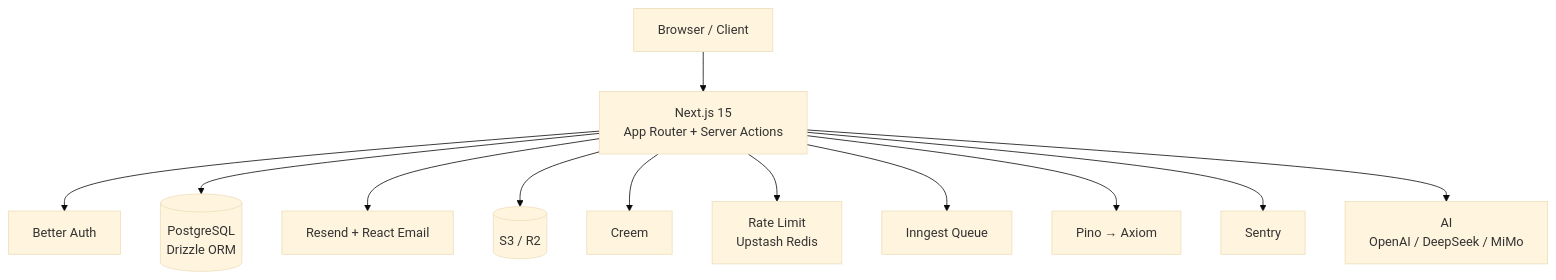
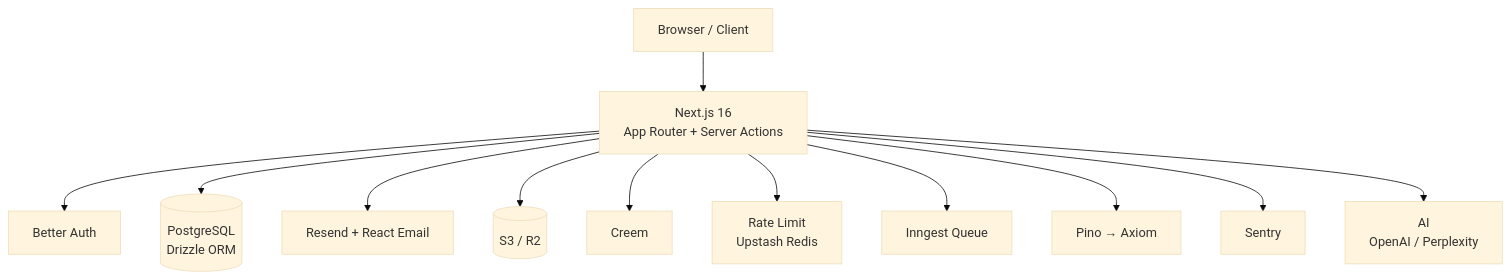
The diagram in README.md (evepupil/mAIrror), drawn with Mermaid (base theme) before and after one commit. The commit also changed other lines of this file, not shown here.

````diff
--- a/README.md
+++ b/README.md
@@ -76,14 +84,14 @@
 ```mermaid
 graph TD
-    Client[Browser / Client] --> Next["Next.js 15<br/>App Router + Server Actions"]
+    Client[Browser / Client] --> Next["Next.js 16<br/>App Router + Server Actions"]
     Next --> Auth[Better Auth]
     Next --> DB[("PostgreSQL<br/>Drizzle ORM")]
     Next --> Mail[Resend + React Email]
     Next --> Storage[(S3 / R2)]
     Next --> Payment[Creem]
     Next --> RateLimit["Rate Limit<br/>Upstash Redis"]
     Next --> Jobs[Inngest Queue]
     Next --> Log[Pino → Axiom]
     Next --> Monitor[Sentry]
-    Next --> AI["AI<br/>OpenAI / DeepSeek / MiMo"]
+    Next --> AI["AI<br/>OpenAI / Perplexity"]
 ```
````
